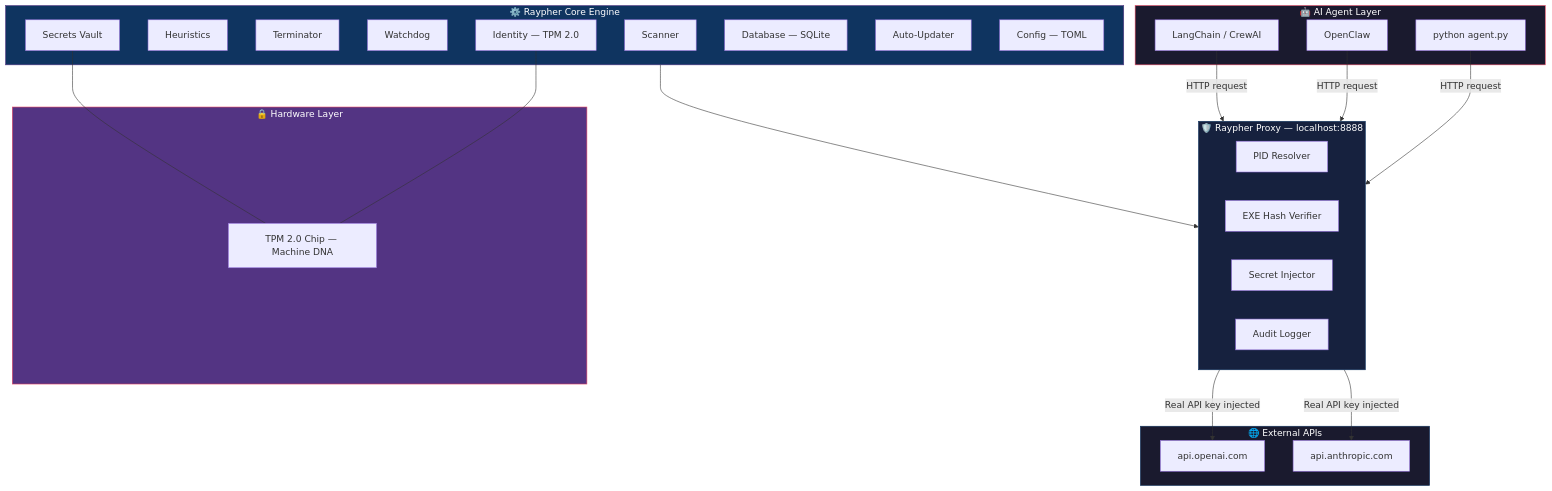
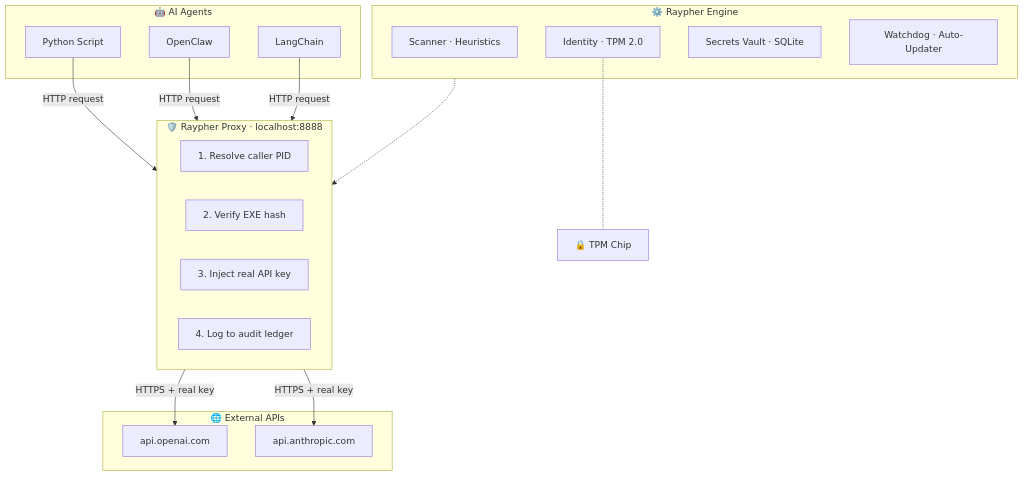
The diagram in Git.reference/README.md (kidigapeet/Raypher-core), drawn with Mermaid before and after one commit. The commit also changed other lines of this file and 1 other file, not shown here.

Commit message:
README v3: spacious layout, HTML tables, clean mermaid, no broken ASCII

````diff
--- a/Git.reference/README.md
+++ b/Git.reference/README.md
@@ -41,48 +89,32 @@
 ```mermaid
-graph TB
-    subgraph AGENTS["🤖 AI Agent Layer"]
-        A1["python agent.py"]
+flowchart TB
+    subgraph agents ["🤖 AI Agents"]
+        A1["Python Script"]
         A2["OpenClaw"]
-        A3["LangChain / CrewAI"]
+        A3["LangChain"]
     end
 
-    subgraph PROXY["🛡️ Raypher Proxy — localhost:8888"]
-        P1["PID Resolver"]
-        P2["EXE Hash Verifier"]
-        P3["Secret Injector"]
-        P4["Audit Logger"]
+    subgraph proxy ["🛡️ Raypher Proxy · localhost:8888"]
+        P1["1. Resolve caller PID"]
+        P2["2. Verify EXE hash"]
+        P3["3. Inject real API key"]
+        P4["4. Log to audit ledger"]
     end
 
-    subgraph ENGINE["⚙️ Raypher Core Engine"]
-        E1["Scanner"]
-        E2["Heuristics"]
-        E3["Terminator"]
-        E4["Watchdog"]
-        E5["Identity — TPM 2.0"]
-        E6["Secrets Vault"]
-        E7["Database — SQLite"]
-        E8["Auto-Updater"]
-        E9["Config — TOML"]
-    end
-
-    subgraph HW["🔒 Hardware Layer"]
-        T1["TPM 2.0 Chip — Machine DNA"]
-    end
-
-    subgraph API["🌐 External APIs"]
+    subgraph apis ["🌐 External APIs"]
         X1["api.openai.com"]
         X2["api.anthropic.com"]
     end
 
-    A1 & A2 & A3 -->|"HTTP request"| PROXY
-    PROXY -->|"Real API key injected"| X1 & X2
-    ENGINE --> PROXY
-    E5 --- T1
-    E6 --- T1
+    subgraph engine ["⚙️ Raypher Engine"]
+        E1["Scanner · Heuristics"]
+        E2["Identity · TPM 2.0"]
+        E3["Secrets Vault · SQLite"]
+        E4["Watchdog · Auto-Updater"]
+    end
 
-    style AGENTS fill:#1a1a2e,stroke:#e94560,color:#fff
-    style PROXY fill:#16213e,stroke:#0f3460,color:#fff
-    style ENGINE fill:#0f3460,stroke:#533483,color:#fff
-    style HW fill:#533483,stroke:#e94560,color:#fff
-    style API fill:#1a1a2e,stroke:#0f3460,color:#fff
+    A1 & A2 & A3 -- "HTTP request" --> proxy
+    proxy -- "HTTPS + real key" --> X1 & X2
+    engine -.-> proxy
+    E2 -.- HW["🔒 TPM Chip"]
 ```
````
